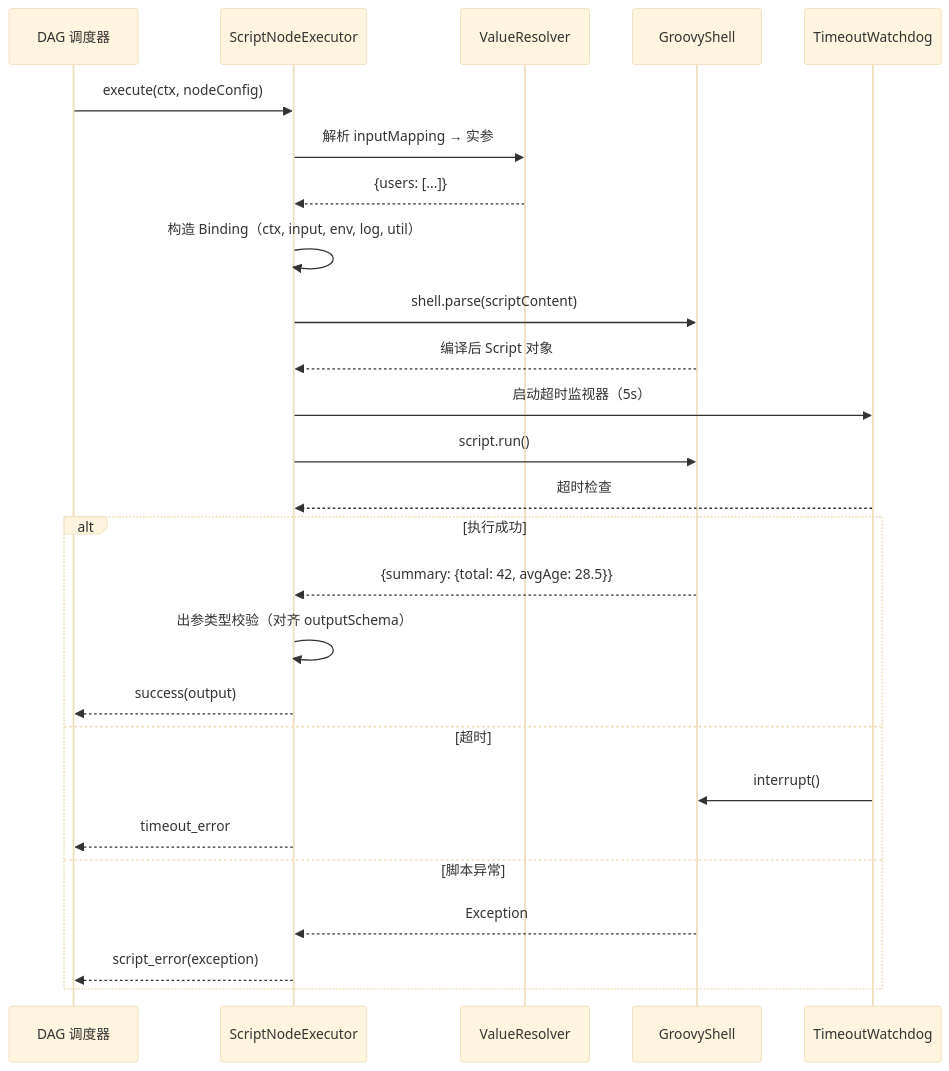
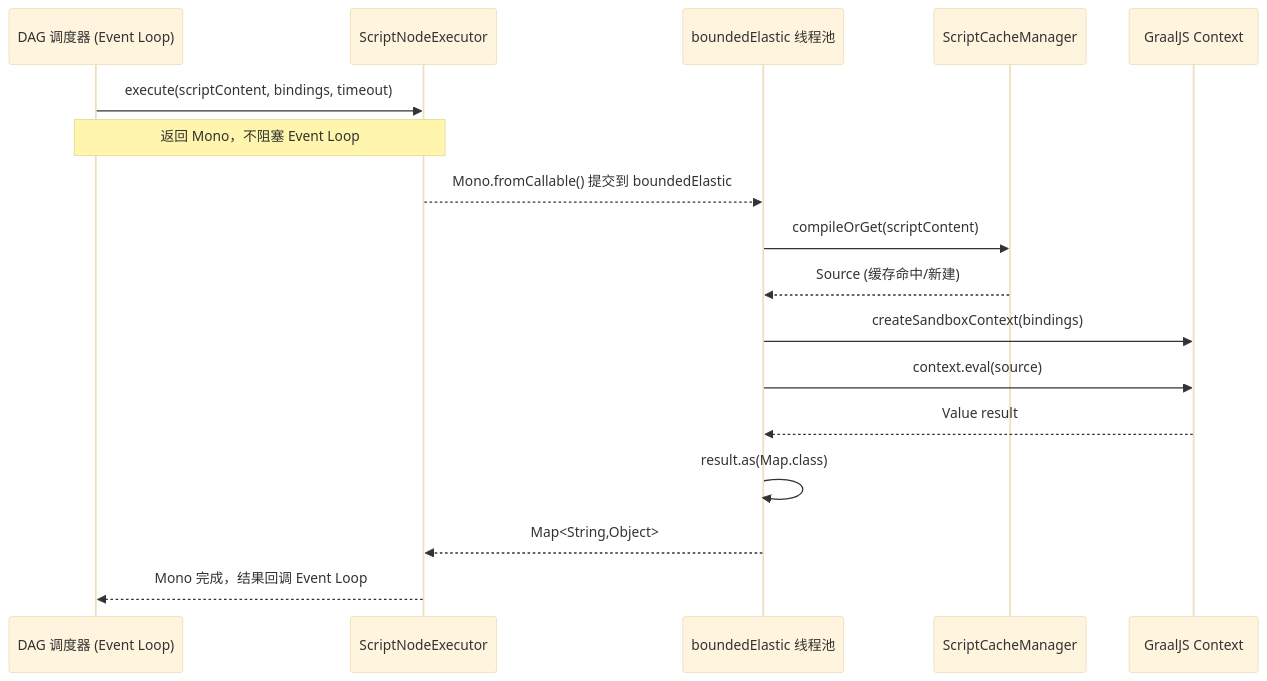
The diagram in .sddu/specs-tree-root/specs-tree-connector-platform-v3/plan-script.md (THZSummer/open-app), drawn with Mermaid (base theme) before and after one commit. The commit also changed other lines of this file, not shown here.

First line of the commit message:
refactor(plan): simplify script design to inline-only GraalJS (v3.0)

````diff
--- a/.sddu/specs-tree-root/specs-tree-connector-platform-v3/plan-script.md
+++ b/.sddu/specs-tree-root/specs-tree-connector-platform-v3/plan-script.md
@@ -284,31 +350,25 @@
 ```mermaid
 sequenceDiagram
-    participant DAG as DAG 调度器
-    participant SN as ScriptNodeExecutor
-    participant RESOLVER as ValueResolver
-    participant SHELL as GroovyShell
-    participant TIMER as TimeoutWatchdog
+    participant DAG as DAG 调度器 (Event Loop)
+    participant EXEC as ScriptNodeExecutor
+    participant POOL as boundedElastic 线程池
+    participant CACHE as ScriptCacheManager
+    participant GRAAL as GraalJS Context
 
-    DAG->>SN: execute(ctx, nodeConfig)
-    SN->>RESOLVER: 解析 inputMapping → 实参
-    RESOLVER-->>SN: {users: [...]}
+    DAG->>EXEC: execute(scriptContent, bindings, timeout)
+    Note over DAG,EXEC: 返回 Mono，不阻塞 Event Loop
 
-    SN->>SN: 构造 Binding（ctx, input, env, log, util）
-    SN->>SHELL: shell.parse(scriptContent)
-    SHELL-->>SN: 编译后 Script 对象
-    SN->>TIMER: 启动超时监视器（5s）
-    SN->>SHELL: script.run()
-    TIMER-->>SN: 超时检查
+    EXEC-->>POOL: Mono.fromCallable() 提交到 boundedElastic
 
-    alt 执行成功
-        SHELL-->>SN: {summary: {total: 42, avgAge: 28.5}}
-        SN->>SN: 出参类型校验（对齐 outputSchema）
-        SN-->>DAG: success(output)
-    else 超时
-        TIMER->>SHELL: interrupt()
-        SN-->>DAG: timeout_error
-    else 脚本异常
-        SHELL-->>SN: Exception
-        SN-->>DAG: script_error(exception)
-    end
+    POOL->>CACHE: compileOrGet(scriptContent)
+    CACHE-->>POOL: Source (缓存命中/新建)
+
+    POOL->>GRAAL: createSandboxContext(bindings)
+    POOL->>GRAAL: context.eval(source)
+    GRAAL-->>POOL: Value result
+
+    POOL->>POOL: result.as(Map.class)
+    POOL-->>EXEC: Map<String,Object>
+
+    EXEC-->>DAG: Mono 完成，结果回调 Event Loop
 ```
````
